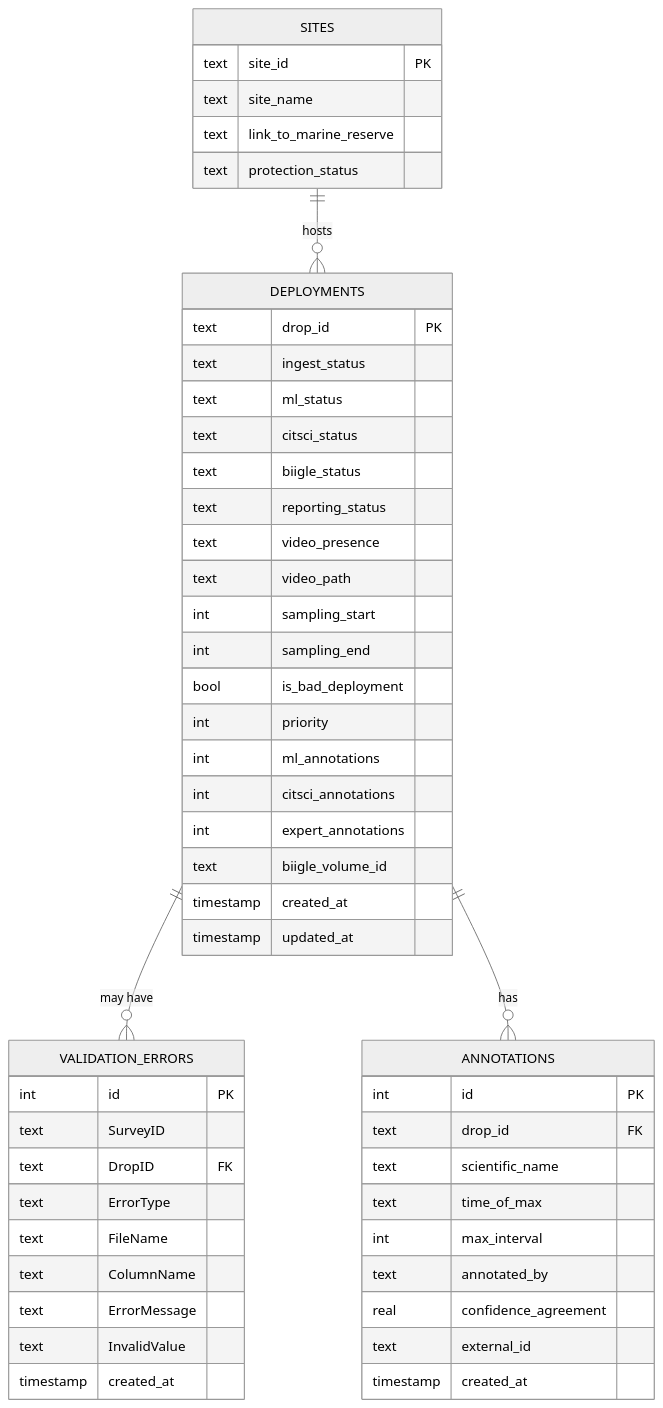
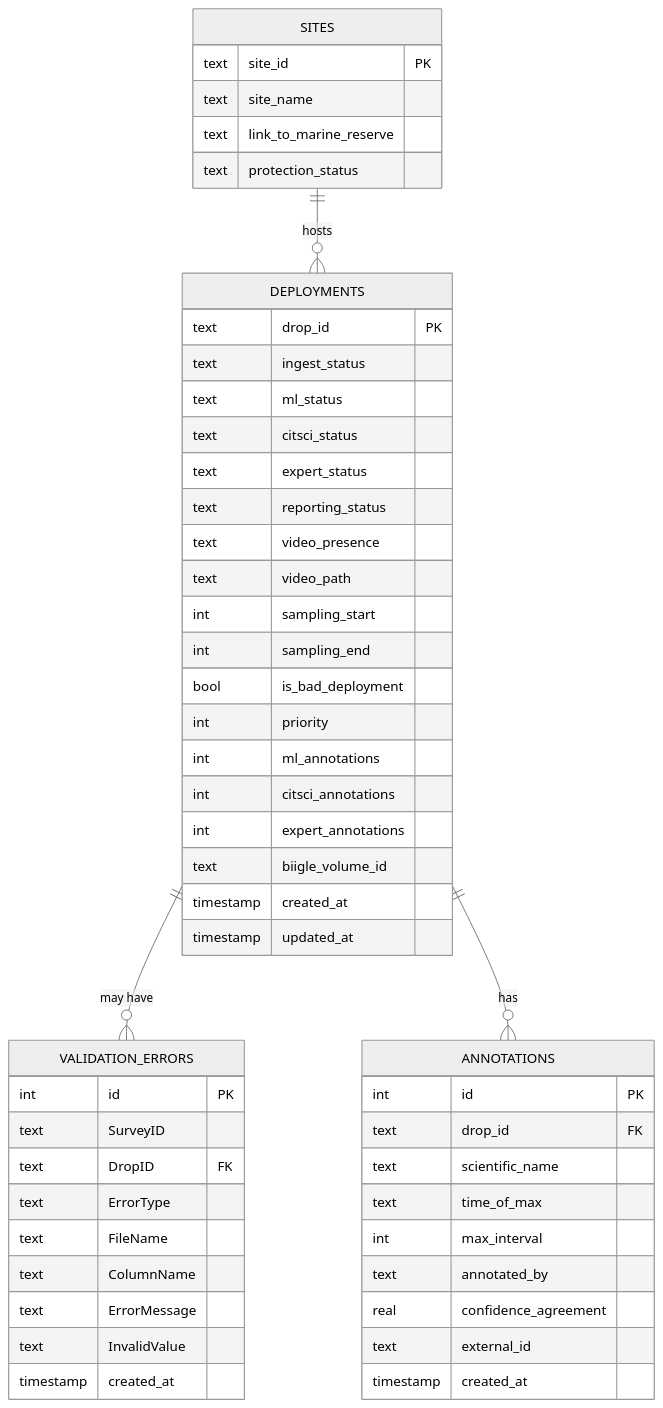
The eighth of 14 diagrams in design_doc.md (wildlifeai/spyfish-aotearoa-toolkit), drawn with Mermaid (neutral theme) before and after one commit. The commit also changed other lines of this file and 40 other files, not shown here.

````diff
--- a/design_doc.md
+++ b/design_doc.md
@@ -525,58 +566,58 @@
 ```mermaid
 erDiagram
     DEPLOYMENTS {
         text drop_id PK
         text ingest_status
         text ml_status
         text citsci_status
-        text biigle_status
+        text expert_status
         text reporting_status
         text video_presence
         text video_path
         int sampling_start
         int sampling_end
         bool is_bad_deployment
         int priority
         int ml_annotations
         int citsci_annotations
         int expert_annotations
         text biigle_volume_id
         timestamp created_at
         timestamp updated_at
     }
 
     SITES {
         text site_id PK
         text site_name
         text link_to_marine_reserve
         text protection_status
     }
 
     VALIDATION_ERRORS {
         int id PK
         text SurveyID
         text DropID FK
         text ErrorType
         text FileName
         text ColumnName
         text ErrorMessage
         text InvalidValue
         timestamp created_at
     }
 
     ANNOTATIONS {
         int id PK
         text drop_id FK
         text scientific_name
         text time_of_max
         int max_interval
         text annotated_by
         real confidence_agreement
         text external_id
         timestamp created_at
     }
 
     DEPLOYMENTS ||--o{ VALIDATION_ERRORS : "may have"
     DEPLOYMENTS ||--o{ ANNOTATIONS : "has"
     SITES ||--o{ DEPLOYMENTS : "hosts"
 ```
````
